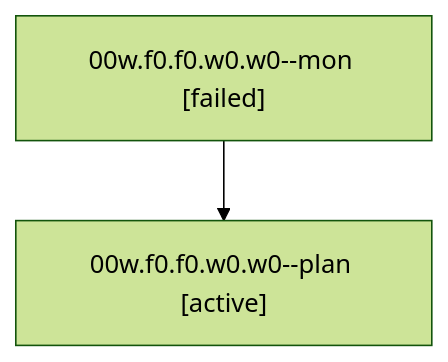
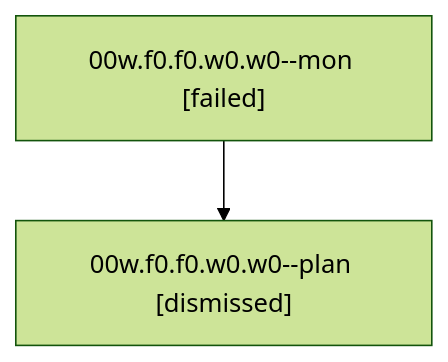
The diagram in sessions/bbugyi200.athena.00w.f0.f0.w0.w0.md (bobs-org/bob-cli--agents), drawn with Mermaid (forest theme) before and after one commit. The commit also changed other lines of this file and 62 other files, not shown here.

````diff
--- a/sessions/bbugyi200.athena.00w.f0.f0.w0.w0.md
+++ b/sessions/bbugyi200.athena.00w.f0.f0.w0.w0.md
@@ -9,6 +9,6 @@
 ```mermaid
 flowchart TD
   n0["00w.f0.f0.w0.w0--mon [failed]"]
-  n1["00w.f0.f0.w0.w0--plan [active]"]
+  n1["00w.f0.f0.w0.w0--plan [dismissed]"]
   n0 --> n1
 ```
````
